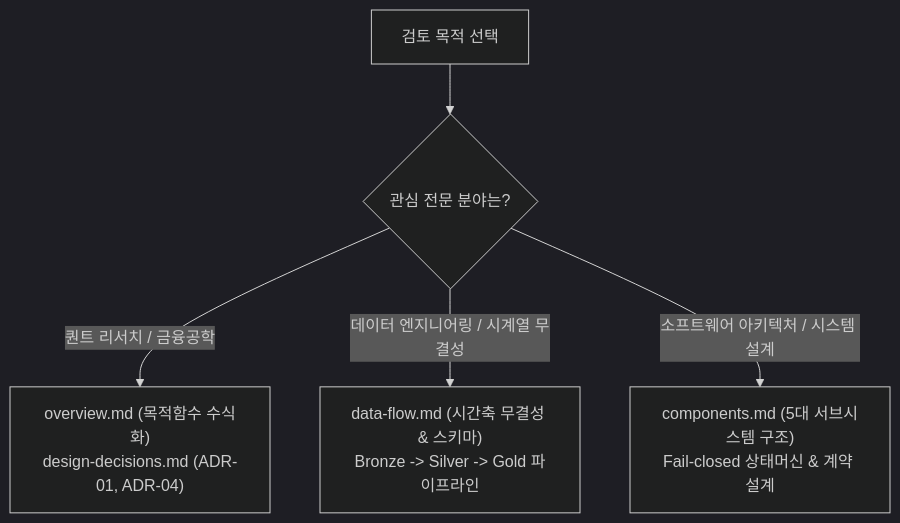
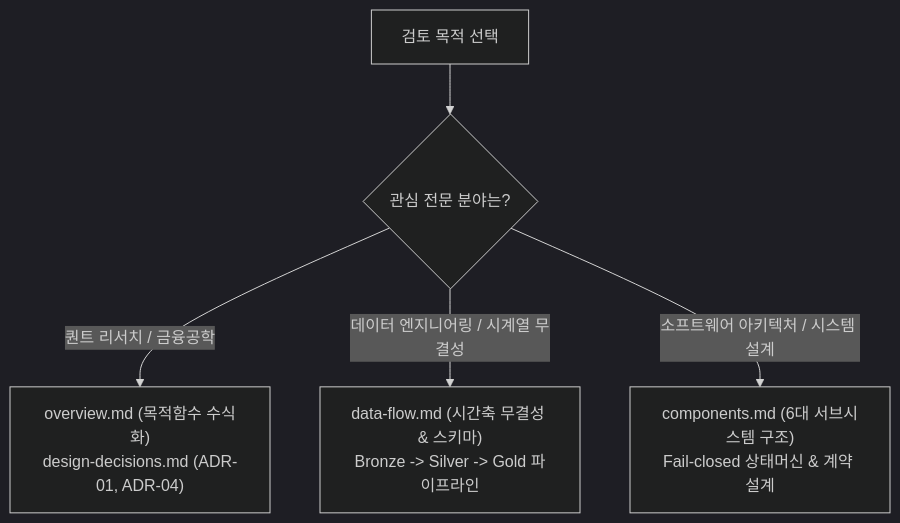
Before and after one commit to KTHYEONG/mt-etf-king-2026: the second of 2 diagrams in docs/architecture/README.md, drawn with Mermaid (dark theme). The commit also changed other lines of this file and 5 other files, not shown here.

````diff
--- a/docs/architecture/README.md
+++ b/docs/architecture/README.md
@@ -52,7 +60,7 @@
 ```mermaid
 flowchart TD
     Start["검토 목적 선택"] --> Q1{"관심 전문 분야는?"}
     Q1 -->|"퀀트 리서치 / 금융공학"| M1["overview.md (목적함수 수식화)\ndesign-decisions.md (ADR-01, ADR-04)"]
     Q1 -->|"데이터 엔지니어링 / 시계열 무결성"| M2["data-flow.md (시간축 무결성 & 스키마)\nBronze -> Silver -> Gold 파이프라인"]
-    Q1 -->|"소프트웨어 아키텍처 / 시스템 설계"| M3["components.md (5대 서브시스템 구조)\nFail-closed 상태머신 & 계약 설계"]
+    Q1 -->|"소프트웨어 아키텍처 / 시스템 설계"| M3["components.md (6대 서브시스템 구조)\nFail-closed 상태머신 & 계약 설계"]
 ```
````
